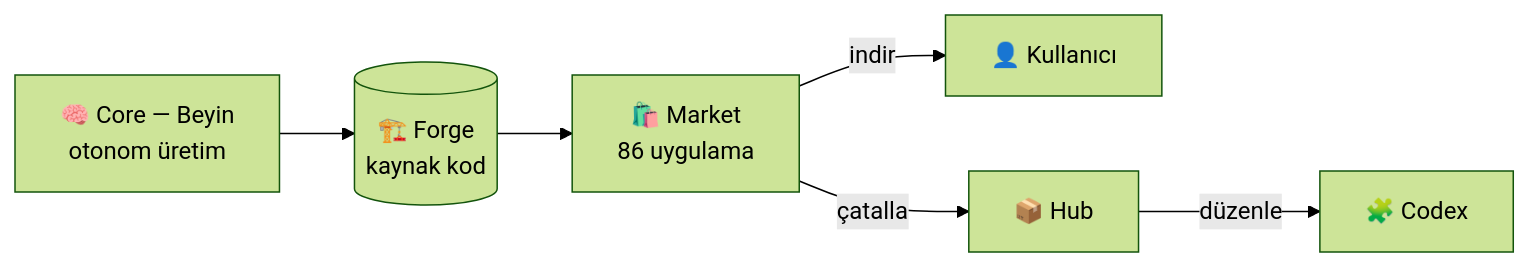
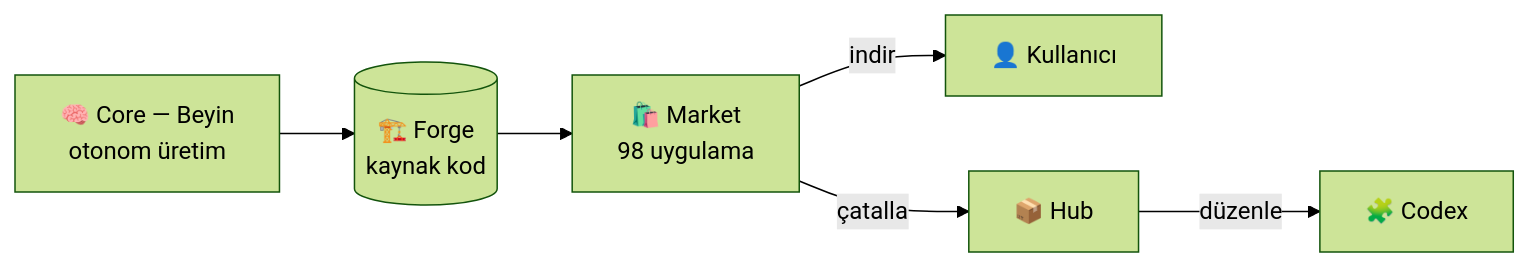
One commit to numexai/numex-market changed the diagram in README.md. Above: the diagram before and after it, drawn with Mermaid (forest theme). The commit also changed other lines of this file and 209 other files, not shown here.

````diff
--- a/README.md
+++ b/README.md
@@ -85,8 +85,8 @@
 ```mermaid
 flowchart LR
   CORE[🧠 Core — Beyin<br/>otonom üretim] --> FORGE[(🏗️ Forge<br/>kaynak kod)]
-  FORGE --> MARKET[🛍️ Market<br/>86 uygulama]
+  FORGE --> MARKET[🛍️ Market<br/>98 uygulama]
   MARKET -->|indir| USER[👤 Kullanıcı]
   MARKET -->|çatalla| HUB[📦 Hub]
   HUB -->|düzenle| CODEX[🧩 Codex]
 ```
````
